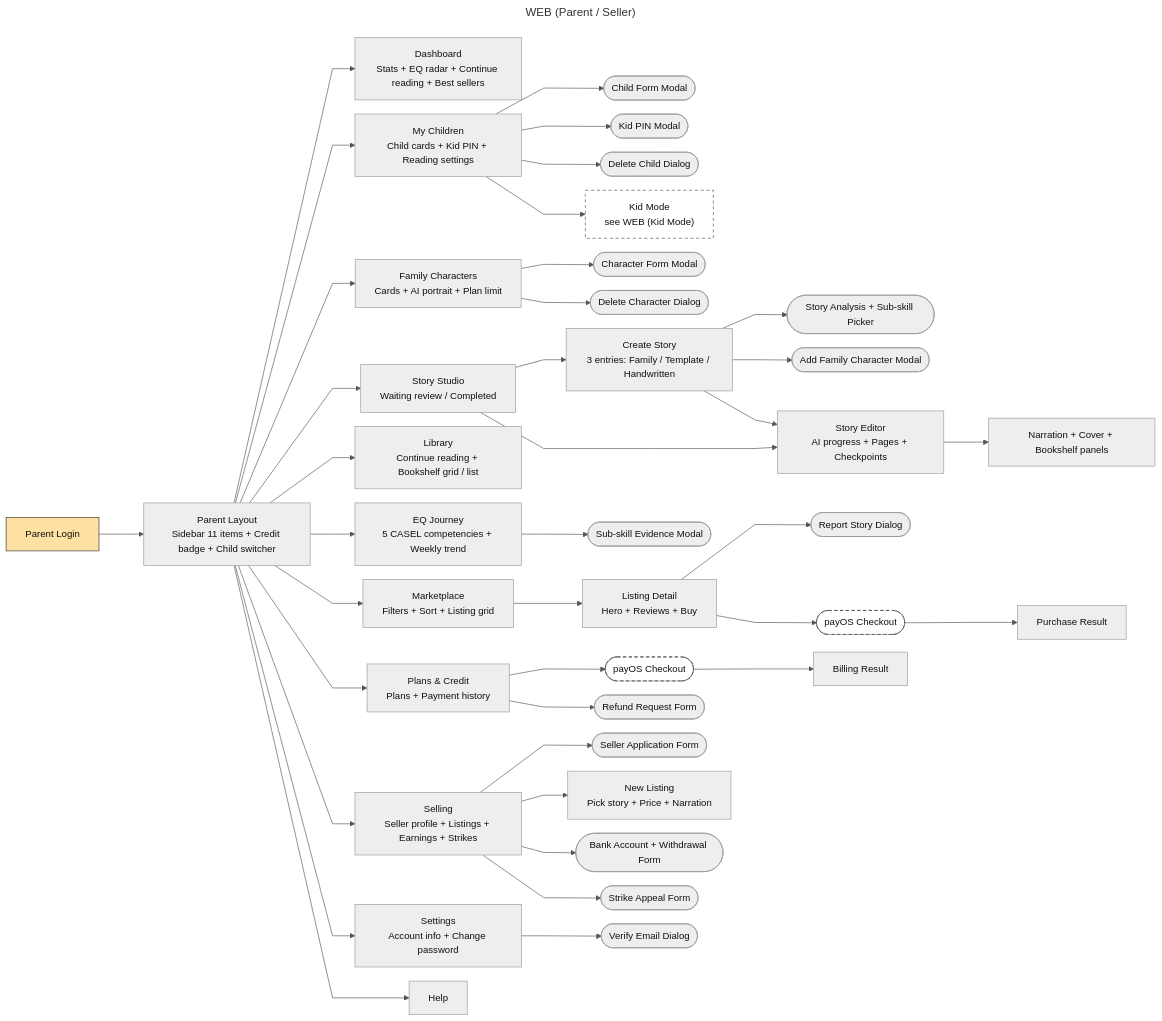
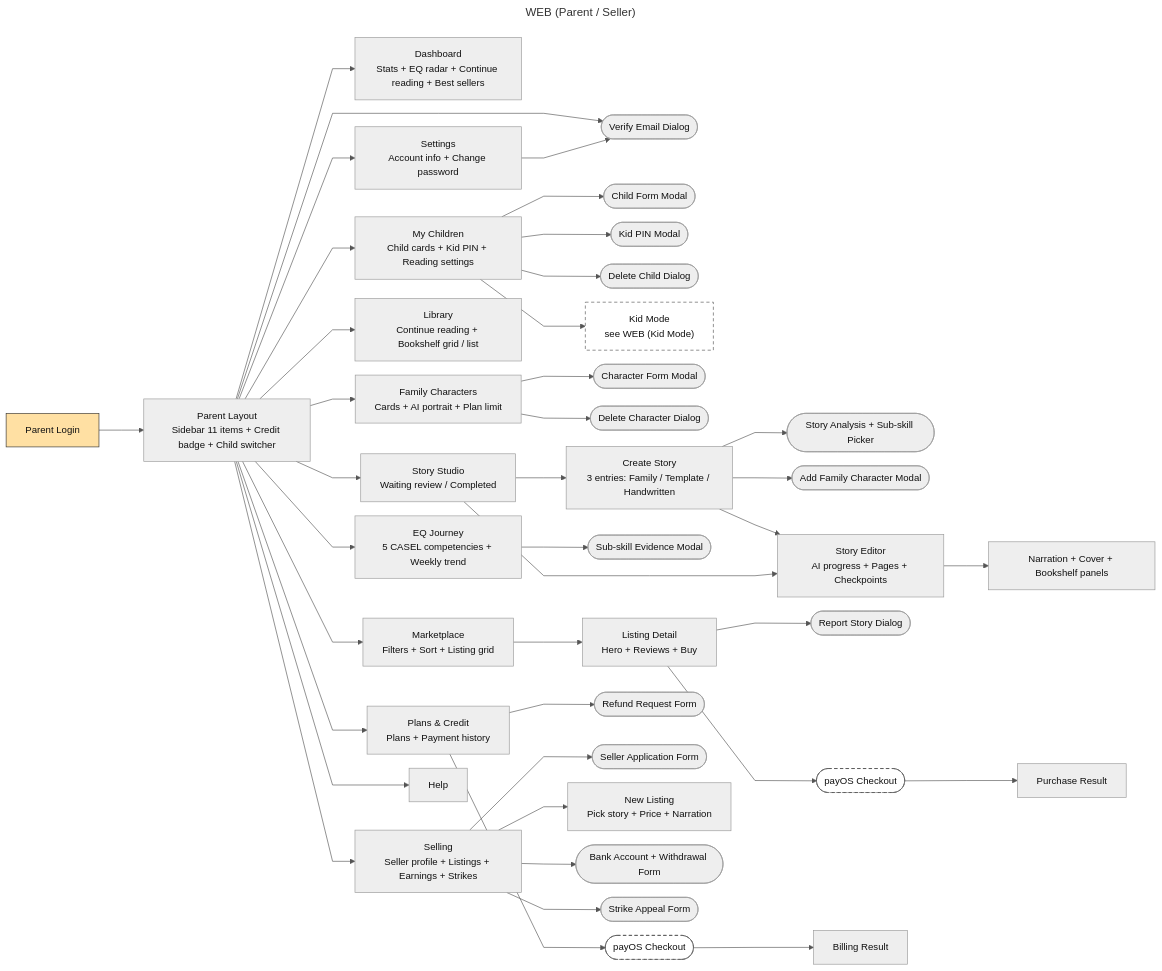
One commit to SEP490-GFA26SE186/BE changed the diagram in docs/diagrams/srs/screen-flow-parent.mmd. Above: the diagram before and after it, drawn with Mermaid. The commit also changed 23 other files, not shown here.

Commit message:
Update diagrams and add new sequences for admin and analysis features; enhance class structures and use cases for better clarity and functionality.

```diff
--- a/docs/diagrams/srs/screen-flow-parent.mmd
+++ b/docs/diagrams/srs/screen-flow-parent.mmd
@@ -1,45 +1,46 @@
 ---
 title: WEB (Parent / Seller)
 ---
 %%{init: {"flowchart": {"curve": "linear", "nodeSpacing": 22, "rankSpacing": 70}, "themeVariables": {"fontFamily": "Arial", "fontSize": "15px", "lineColor": "#555555"}}}%%
 flowchart LR
   Login["Parent Login"]:::start --> L["Parent Layout<br/>Sidebar 11 items + Credit badge + Child switcher"]
+  L --> VerifyM
   L --> Dash["Dashboard<br/>Stats + EQ radar + Continue reading + Best sellers"]
   L --> Kids["My Children<br/>Child cards + Kid PIN + Reading settings"]
   Kids --> ChildM(["Child Form Modal"])
   Kids --> PinM(["Kid PIN Modal"])
   Kids --> DelChild(["Delete Child Dialog"])
   Kids --> KidMode["Kid Mode<br/>see WEB (Kid Mode)"]:::ext
   L --> Chars["Family Characters<br/>Cards + AI portrait + Plan limit"]
   Chars --> CharM(["Character Form Modal"])
   Chars --> DelChar(["Delete Character Dialog"])
   L --> Studio["Story Studio<br/>Waiting review / Completed"]
   Studio --> Create["Create Story<br/>3 entries: Family / Template / Handwritten"]
   Create --> Analyze(["Story Analysis + Sub-skill Picker"])
   Create --> AddChar(["Add Family Character Modal"])
   Create --> Editor["Story Editor<br/>AI progress + Pages + Checkpoints"]
   Studio --> Editor
   Editor --> Narr["Narration + Cover + Bookshelf panels"]
   L --> Lib["Library<br/>Continue reading + Bookshelf grid / list"]
   L --> EQ["EQ Journey<br/>5 CASEL competencies + Weekly trend"]
   EQ --> SkillM(["Sub-skill Evidence Modal"])
   L --> Market["Marketplace<br/>Filters + Sort + Listing grid"]
   Market --> Detail["Listing Detail<br/>Hero + Reviews + Buy"]
   Detail --> ReportM(["Report Story Dialog"])
   Detail --> Pay1(["payOS Checkout"]):::ext
   Pay1 --> PRes["Purchase Result"]
   L --> Bill["Plans & Credit<br/>Plans + Payment history"]
   Bill --> Pay2(["payOS Checkout"]):::ext
   Pay2 --> BRes["Billing Result"]
   Bill --> Refund(["Refund Request Form"])
   L --> Sell["Selling<br/>Seller profile + Listings + Earnings + Strikes"]
   Sell --> Apply(["Seller Application Form"])
   Sell --> NewL["New Listing<br/>Pick story + Price + Narration"]
   Sell --> Bank(["Bank Account + Withdrawal Form"])
   Sell --> Appeal(["Strike Appeal Form"])
   L --> Set["Settings<br/>Account info + Change password"]
   Set --> VerifyM(["Verify Email Dialog"])
   L --> Help["Help"]
   classDef default fill:#EEEEEE,stroke:#999999,color:#111111
   classDef start fill:#FFE0A3,stroke:#333333,color:#111111
   classDef ext fill:#FFFFFF,stroke:#555555,stroke-dasharray:5 4,color:#111111
```
